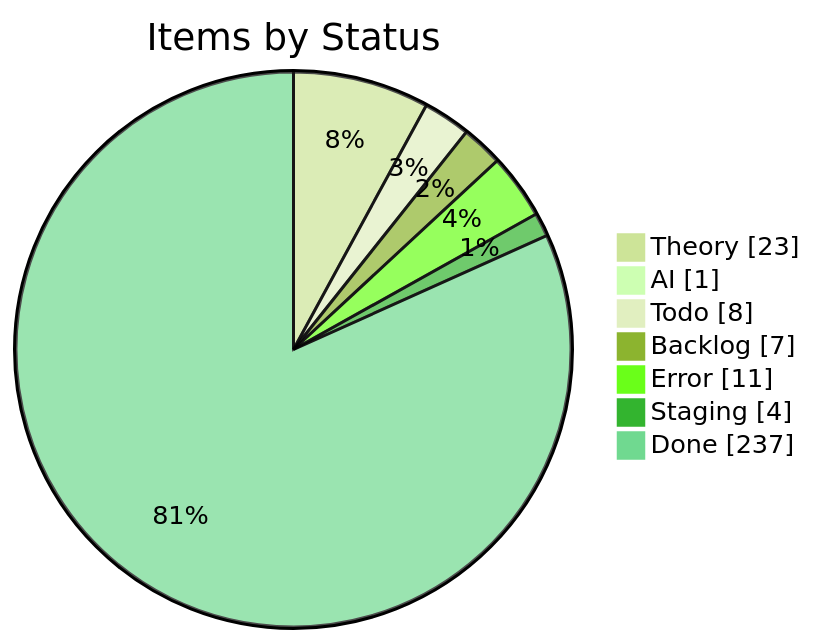
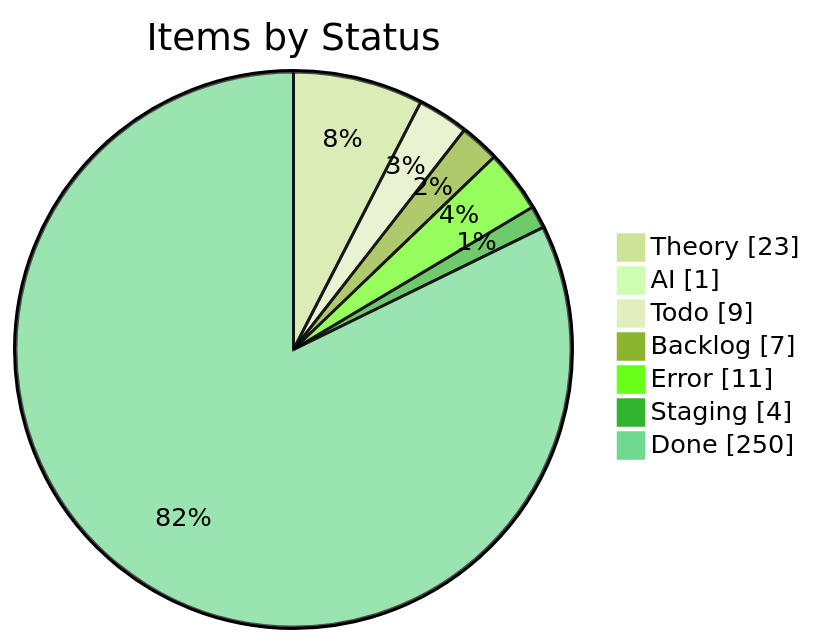
The first of 4 diagrams in apps/kbve/astro-kbve/src/content/docs/dashboard/kanban-data.mdx (KBVE/kbve), drawn with Mermaid (forest theme) before and after one commit. The commit also changed other lines of this file and 8 other files, not shown here.

````diff
--- a/apps/kbve/astro-kbve/src/content/docs/dashboard/kanban-data.mdx
+++ b/apps/kbve/astro-kbve/src/content/docs/dashboard/kanban-data.mdx
@@ -55,11 +55,11 @@
 ```mermaid
 pie showData
     title Items by Status
     "Theory" : 23
     "AI" : 1
-    "Todo" : 8
+    "Todo" : 9
     "Backlog" : 7
     "Error" : 11
     "Staging" : 4
-    "Done" : 237
+    "Done" : 250
 ```
````
